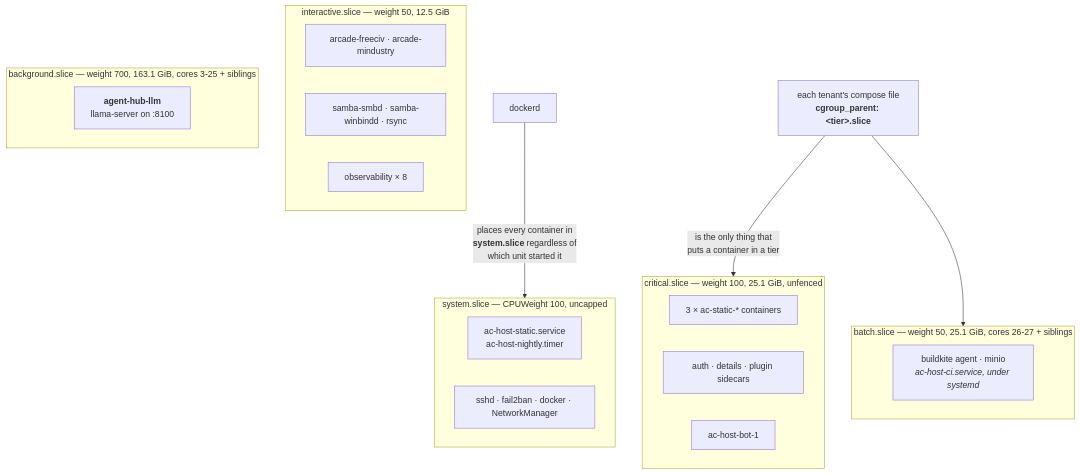
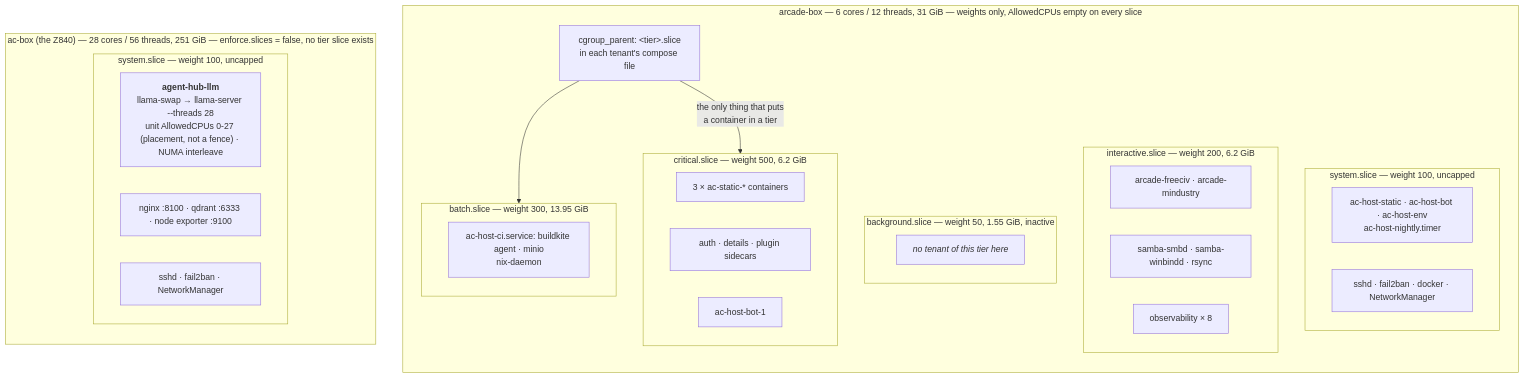
One commit to imkarrer/homelab changed the third of 5 diagrams in docs/architecture.md. Above: the diagram before and after it, drawn with Mermaid. The commit also changed other lines of this file and 5 other files, not shown here.

````diff
--- a/docs/architecture.md
+++ b/docs/architecture.md
@@ -159,28 +175,37 @@
 ```mermaid
 flowchart TB
-    subgraph SYS ["system.slice — CPUWeight 100, uncapped"]
-        S1["ac-host-static.service<br/>ac-host-nightly.timer"]
-        S2["sshd · fail2ban · docker · NetworkManager"]
-    end
-    subgraph CRIT ["critical.slice — weight 100, 25.1 GiB, unfenced"]
-        C1["3 × ac-static-* containers"]
-        C2["auth · details · plugin sidecars"]
-        C3["ac-host-bot-1"]
-    end
-    subgraph INT ["interactive.slice — weight 50, 12.5 GiB"]
-        I1["arcade-freeciv · arcade-mindustry"]
-        I2["samba-smbd · samba-winbindd · rsync"]
-        I3["observability × 8"]
-    end
-    subgraph BG ["background.slice — weight 700, 163.1 GiB, cores 3-25 + siblings"]
-        G1["<b>agent-hub-llm</b><br/>llama-server on :8100"]
-    end
-    subgraph BAT ["batch.slice — weight 50, 25.1 GiB, cores 26-27 + siblings"]
-        T1["buildkite agent · minio<br/><i>ac-host-ci.service, under systemd</i>"]
+    subgraph ARC ["arcade-box — 6 cores / 12 threads, 31 GiB — weights only, AllowedCPUs empty on every slice"]
+        direction TB
+        subgraph SYS ["system.slice — weight 100, uncapped"]
+            S1["ac-host-static · ac-host-bot · ac-host-env<br/>ac-host-nightly.timer"]
+            S2["sshd · fail2ban · docker · NetworkManager"]
+        end
+        subgraph CRIT ["critical.slice — weight 500, 6.2 GiB"]
+            C1["3 × ac-static-* containers"]
+            C2["auth · details · plugin sidecars"]
+            C3["ac-host-bot-1"]
+        end
+        subgraph INT ["interactive.slice — weight 200, 6.2 GiB"]
+            I1["arcade-freeciv · arcade-mindustry"]
+            I2["samba-smbd · samba-winbindd · rsync"]
+            I3["observability × 8"]
+        end
+        subgraph BG ["background.slice — weight 50, 1.55 GiB, inactive"]
+            G0["<i>no tenant of this tier here</i>"]
+        end
+        subgraph BAT ["batch.slice — weight 300, 13.95 GiB"]
+            T1["ac-host-ci.service: buildkite agent · minio<br/>nix-daemon"]
+        end
+        COMPOSE["cgroup_parent: &lt;tier&gt;.slice<br/>in each tenant's compose file"] -- "the only thing that puts<br/>a container in a tier" --> CRIT
+        COMPOSE --> BAT
     end
 
-    DOCKER["dockerd"] -- "places every container in<br/><b>system.slice</b> regardless of<br/>which unit started it" --> SYS
-    COMPOSE["each tenant's compose file<br/><b>cgroup_parent: &lt;tier&gt;.slice</b>"] -- "is the only thing that<br/>puts a container in a tier" --> CRIT
-    COMPOSE --> BAT
-
+    subgraph Z ["ac-box (the Z840) — 28 cores / 56 threads, 251 GiB — enforce.slices = false, no tier slice exists"]
+        direction TB
+        subgraph ZSYS ["system.slice — weight 100, uncapped"]
+            Z1["<b>agent-hub-llm</b><br/>llama-swap → llama-server --threads 28<br/>unit AllowedCPUs 0-27 (placement, not a fence) · NUMA interleave"]
+            Z2["nginx :8100 · qdrant :6333 · node exporter :9100"]
+            Z3["sshd · fail2ban · NetworkManager"]
+        end
+    end
 ```
````
